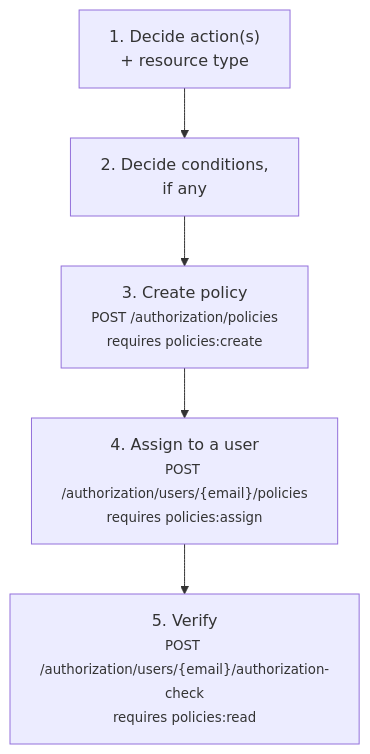
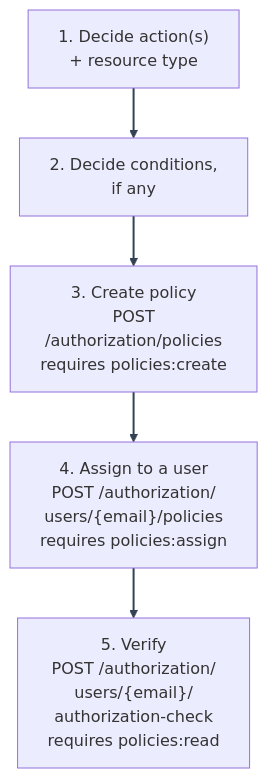
Before and after one commit to Nachiket-2024/balance_sheet_analysis: the diagram in docs/mystic_auth/authorization/writing-testing-policies.md, drawn with Mermaid. The commit also changed other lines of this file and 1793 other files, not shown here.

````diff
--- a/docs/mystic_auth/authorization/writing-testing-policies.md
+++ b/docs/mystic_auth/authorization/writing-testing-policies.md
@@ -5,7 +8,9 @@
 ```mermaid
+%%{init: {"themeVariables": {"lineColor": "#334155"}} }%%
 flowchart TD
-    A["1. Decide action(s)<br/>+ resource type"] --> B["2. Decide conditions,<br/>if any"]
-    B --> C["3. Create policy<br/><small>POST /authorization/policies<br/>requires policies:create</small>"]
-    C --> D["4. Assign to a user<br/><small>POST /authorization/users/{email}/policies<br/>requires policies:assign</small>"]
-    D --> E["5. Verify<br/><small>POST /authorization/users/{email}/authorization-check<br/>requires policies:read</small>"]
+    A["1. Decide action(s)\n + resource type"] --> B["2. Decide conditions,\n if any"]
+    B --> C["3. Create policy\n POST\n /authorization/policies\n requires policies:create"]
+    C --> D["4. Assign to a user\n POST /authorization/\n users/{email}/policies\n requires policies:assign"]
+    D --> E["5. Verify\n POST /authorization/\n users/{email}/\n authorization-check\n requires policies:read"]
+    linkStyle default stroke:#334155,stroke-width:2px
 ```
````
